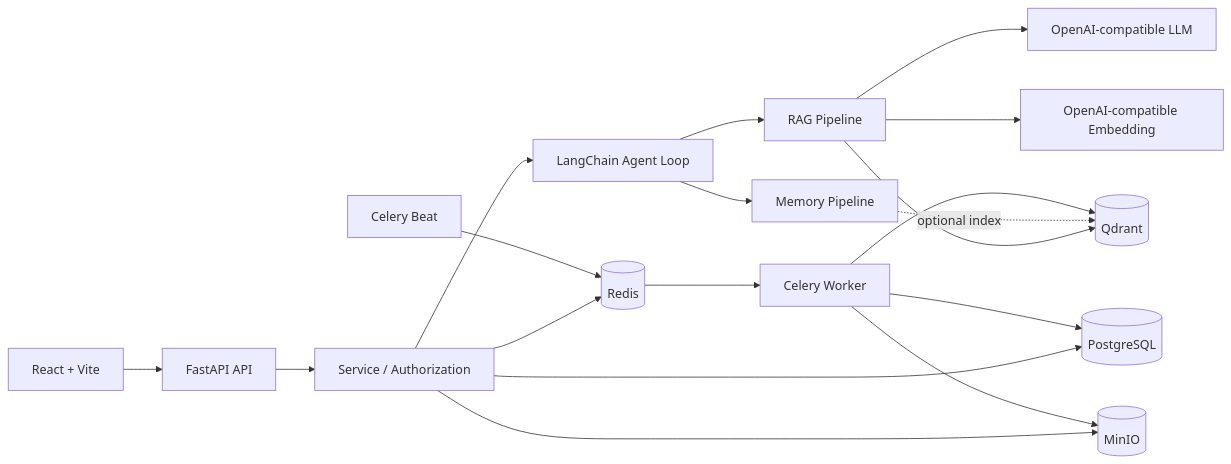
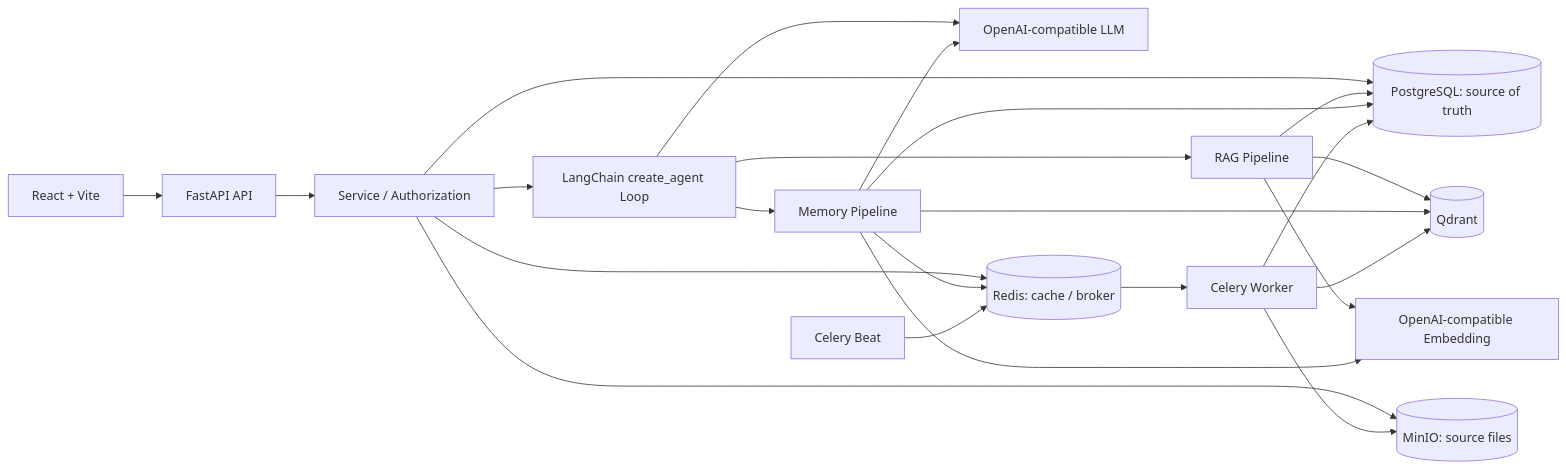
Before and after one commit to ShuoLiu0603/knowledge-work-assistant: the diagram in README.md, drawn with Mermaid. The commit also changed other lines of this file and 57 other files, not shown here.

````diff
--- a/README.md
+++ b/README.md
@@ -38,22 +63,27 @@
 ```mermaid
 flowchart LR
     Browser[React + Vite] --> API[FastAPI API]
     API --> Services[Service / Authorization]
-    Services --> Agent[LangChain Agent Loop]
+    Services --> Agent[LangChain create_agent Loop]
     Agent --> RAG[RAG Pipeline]
     Agent --> Memory[Memory Pipeline]
 
-    Services --> PG[(PostgreSQL)]
-    Services --> Redis[(Redis)]
-    Services --> MinIO[(MinIO)]
+    Agent --> LLM[OpenAI-compatible LLM]
+    Services --> PG[(PostgreSQL: source of truth)]
+    Services --> Redis[(Redis: cache / broker)]
+    Services --> MinIO[(MinIO: source files)]
+    RAG --> PG
     RAG --> Qdrant[(Qdrant)]
-    Memory -. optional index .-> Qdrant
-    RAG --> LLM[OpenAI-compatible LLM]
+    Memory --> PG
+    Memory --> Redis
+    Memory --> Qdrant
     RAG --> Embedding[OpenAI-compatible Embedding]
+    Memory --> Embedding
+    Memory --> LLM
 
     Redis --> Worker[Celery Worker]
     Beat[Celery Beat] --> Redis
     Worker --> PG
     Worker --> MinIO
     Worker --> Qdrant
 ```
````
